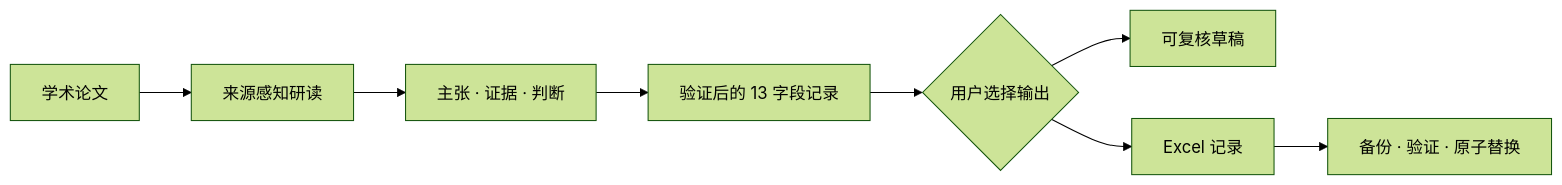
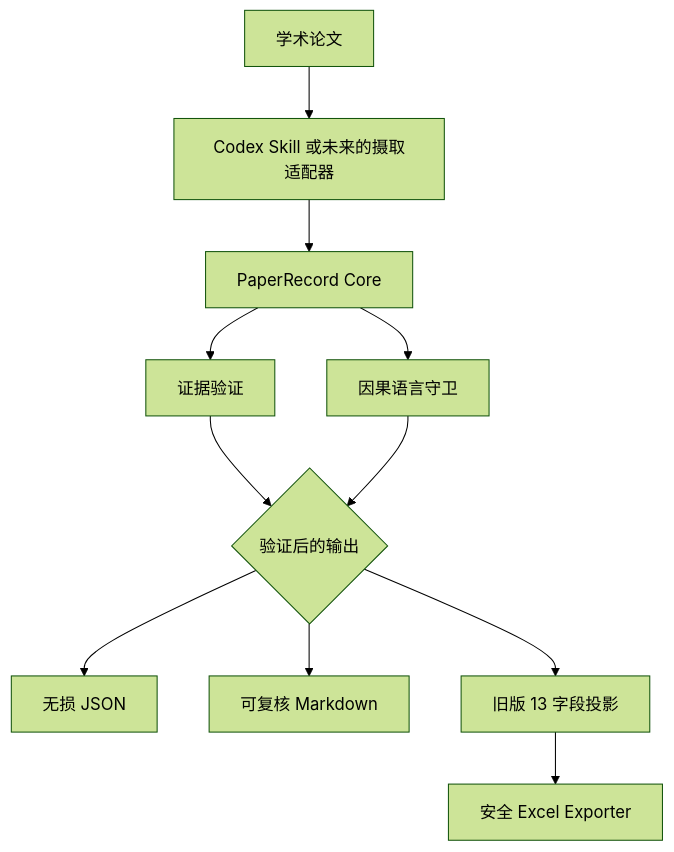
The diagram in README.zh-CN.md (AOROM/paperreading), drawn with Mermaid (forest theme) before and after one commit. The commit also changed other lines of this file and 45 other files, not shown here.

Commit message:
Refactor PaperReading into a research intelligence core

````diff
--- a/README.zh-CN.md
+++ b/README.zh-CN.md
@@ -25,10 +42,13 @@
 ```mermaid
-flowchart LR
-    A["学术论文"] --> B["来源感知研读"]
-    B --> C["主张 · 证据 · 判断"]
-    C --> D["验证后的 13 字段记录"]
-    D --> E{"用户选择输出"}
-    E --> F["可复核草稿"]
-    E --> G["Excel 记录"]
-    G --> H["备份 · 验证 · 原子替换"]
+flowchart TB
+    P["学术论文"] --> A["Codex Skill 或未来的摄取适配器"]
+    A --> R["PaperRecord Core"]
+    R --> E["证据验证"]
+    R --> C["因果语言守卫"]
+    E --> O{"验证后的输出"}
+    C --> O
+    O --> J["无损 JSON"]
+    O --> M["可复核 Markdown"]
+    O --> L["旧版 13 字段投影"]
+    L --> X["安全 Excel Exporter"]
 ```
````
